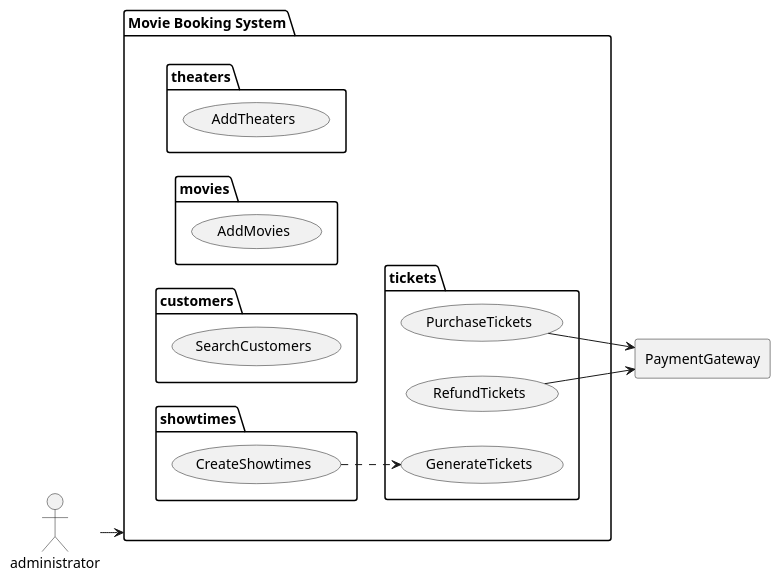
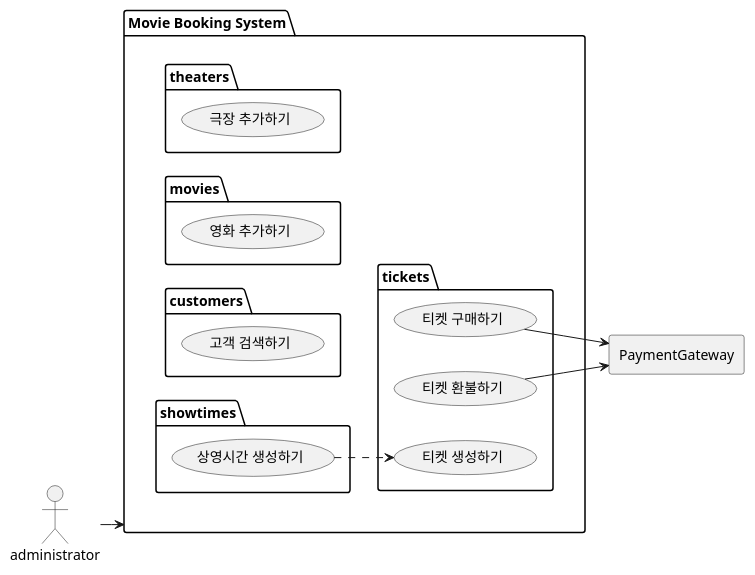
Before and after one commit to mannercode/mannercode.github.io: the ninth of 12 diagrams in _posts/2025-04-01-backend-design-1.md, drawn with PlantUML. The commit also changed other lines of this file and 159 other files, not shown here.

First line of the commit message:
Add UML diagrams for Movie Booking System and update sequence diagrams

```diff
--- a/_posts/2025-04-01-backend-design-1.md
+++ b/_posts/2025-04-01-backend-design-1.md
@@ -264,37 +264,37 @@
 {% plantuml %}
 @startuml
 left to right direction
 actor administrator
 rectangle PaymentGateway
 
 package "Movie Booking System" as mbs {
     package theaters {
-        usecase AddTheaters
+        usecase "극장 추가하기" as AddTheaters
     }
 
     package movies {
-        usecase AddMovies
+        usecase "영화 추가하기" as AddMovies
     }
 
     package customers {
-        usecase SearchCustomers
+        usecase "고객 검색하기" as SearchCustomers
     }
 
     package showtimes {
-        usecase CreateShowtimes
+        usecase "상영시간 생성하기" as CreateShowtimes
     }
 
     package tickets {
-        usecase PurchaseTickets
-        usecase RefundTickets
-        usecase GenerateTickets
+        usecase "티켓 구매하기" as PurchaseTickets
+        usecase "티켓 환불하기" as RefundTickets
+        usecase "티켓 생성하기" as GenerateTickets
     }
 
     PurchaseTickets --> PaymentGateway
     RefundTickets --> PaymentGateway
     CreateShowtimes ..> GenerateTickets
 }
 
 administrator --> mbs
 @enduml
 {% endplantuml %}
```
